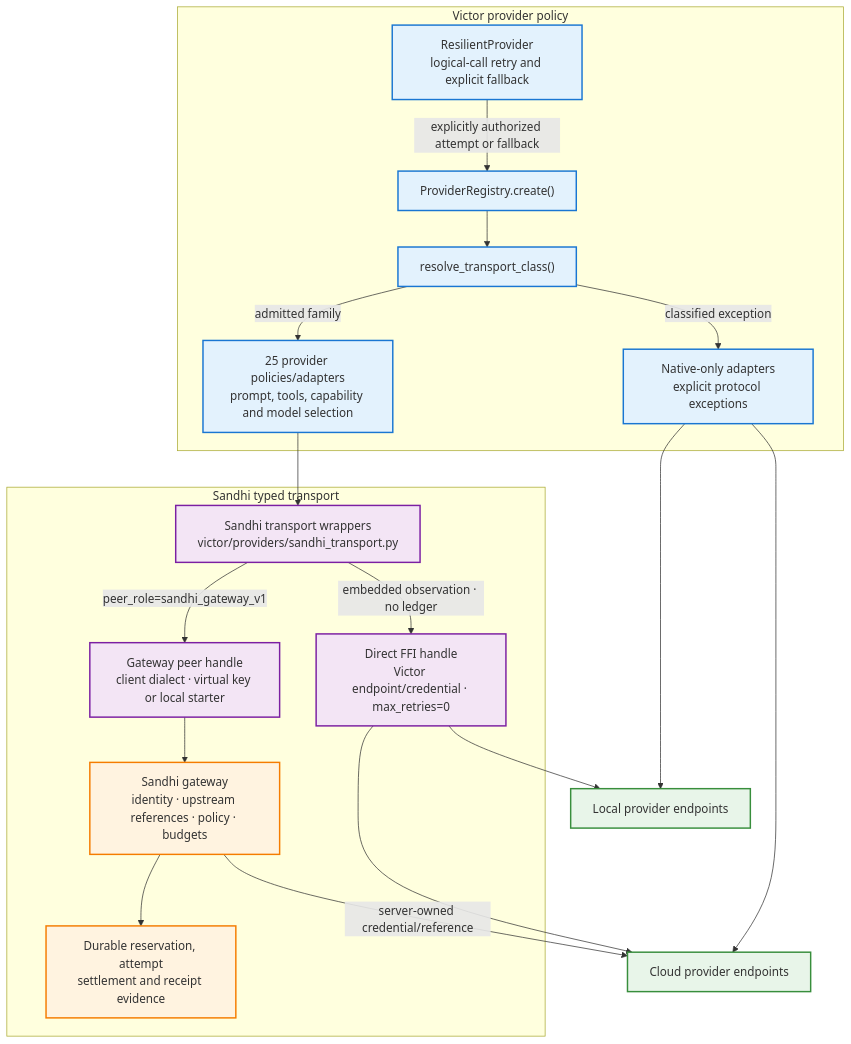
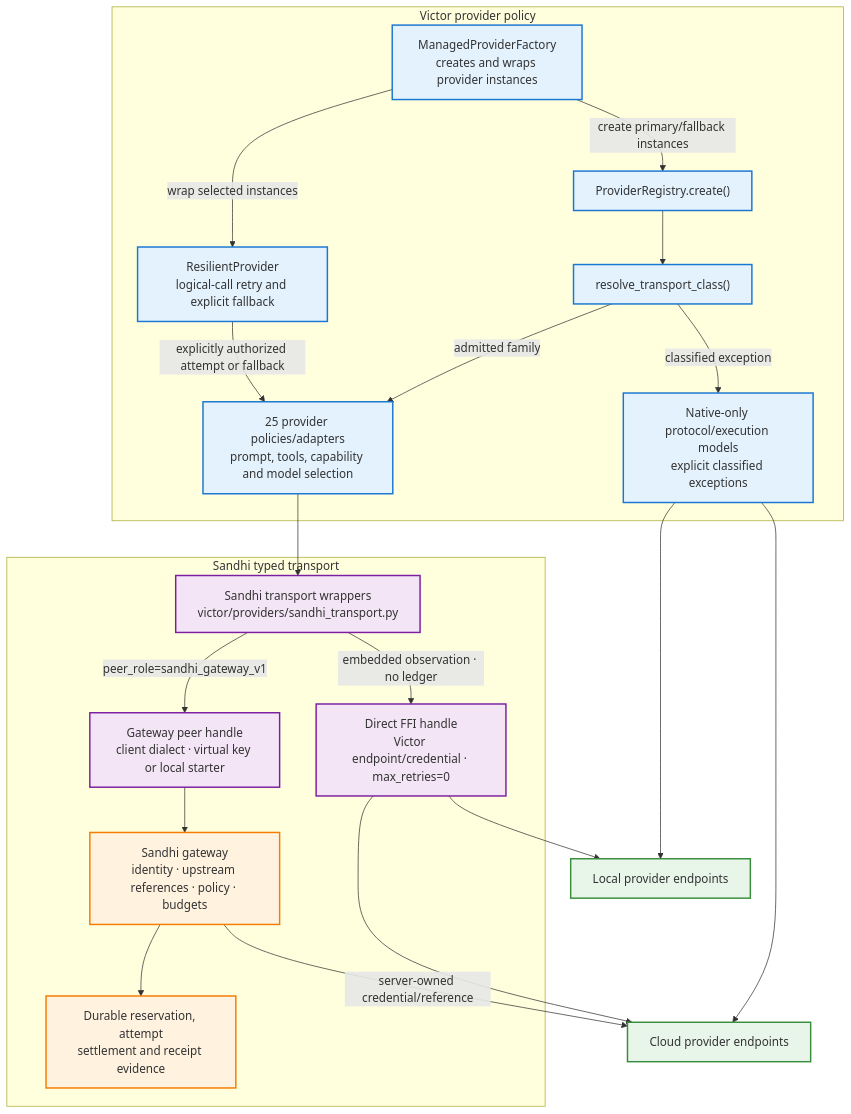
Before and after one commit to anvai-labs/victor: the diagram in docs/diagrams/architecture/provider-system.mmd, drawn with Mermaid. The commit also changed 4 other files, not shown here.

Commit message:
docs: refine Sandhi provider execution flow

```diff
--- a/docs/diagrams/architecture/provider-system.mmd
+++ b/docs/diagrams/architecture/provider-system.mmd
@@ -1,48 +1,51 @@
 %% Provider execution boundary: Victor policy above Sandhi's typed transport.
 flowchart TB
     subgraph Victor["Victor provider policy"]
         Reg["ProviderRegistry.create()"]
         Resolve["resolve_transport_class()"]
         Policies["25 provider policies/adapters<br/>prompt, tools, capability and model selection"]
+        Factory["ManagedProviderFactory<br/>creates and wraps provider instances"]
         Resilient["ResilientProvider<br/>logical-call retry and explicit fallback"]
-        Native["Native-only adapters<br/>explicit protocol exceptions"]
+        Native["Native-only protocol/execution models<br/>explicit classified exceptions"]
     end
 
     subgraph Sandhi["Sandhi typed transport"]
         Wrapper["Sandhi transport wrappers<br/>victor/providers/sandhi_transport.py"]
         Direct["Direct FFI handle<br/>Victor endpoint/credential · max_retries=0"]
         Gateway["Gateway peer handle<br/>client dialect · virtual key or local starter"]
         Server["Sandhi gateway<br/>identity · upstream references · policy · budgets"]
         Ledger["Durable reservation, attempt<br/>settlement and receipt evidence"]
     end
 
     Cloud["Cloud provider endpoints"]
     Local["Local provider endpoints"]
 
     Reg --> Resolve
     Resolve -->|"admitted family"| Policies
     Resolve -->|"classified exception"| Native
-    Resilient -->|"explicitly authorized attempt or fallback"| Reg
+    Factory -->|"create primary/fallback instances"| Reg
+    Factory -->|"wrap selected instances"| Resilient
+    Resilient -->|"explicitly authorized attempt or fallback"| Policies
     Policies --> Wrapper
     Wrapper -->|"embedded observation · no ledger"| Direct
     Wrapper -->|"peer_role=sandhi_gateway_v1"| Gateway
     Gateway --> Server
     Server --> Ledger
     Direct --> Cloud
     Direct --> Local
     Server -->|"server-owned credential/reference"| Cloud
     Native --> Cloud
     Native --> Local
 
-    %% No edge from Direct to Gateway: a failed or ambiguous call never replays
-    %% through the other front door. Logical-call ownership stays in Victor.
+    %% No edge from Direct to Gateway: the Sandhi handle performs no hidden retry
+    %% or fallback. Explicit Victor fallback is a new authorized logical attempt.
 
     classDef victorStyle fill:#E3F2FD,stroke:#1976D2,stroke-width:2px
     classDef transportStyle fill:#F3E5F5,stroke:#7B1FA2,stroke-width:2px
     classDef endpointStyle fill:#E8F5E9,stroke:#388E3C,stroke-width:2px
     classDef durableStyle fill:#FFF3E0,stroke:#F57C00,stroke-width:2px
 
-    class Reg,Resolve,Policies,Resilient,Native victorStyle
+    class Reg,Resolve,Policies,Factory,Resilient,Native victorStyle
     class Wrapper,Direct,Gateway transportStyle
     class Cloud,Local endpointStyle
     class Server,Ledger durableStyle
```
